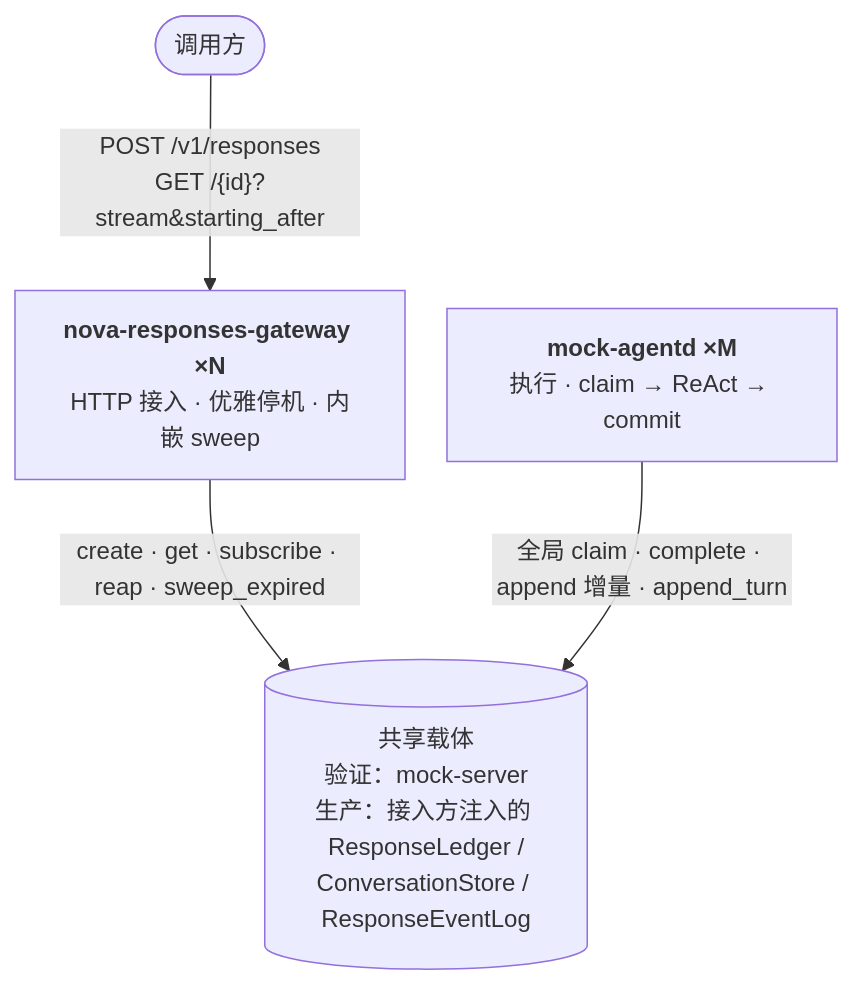
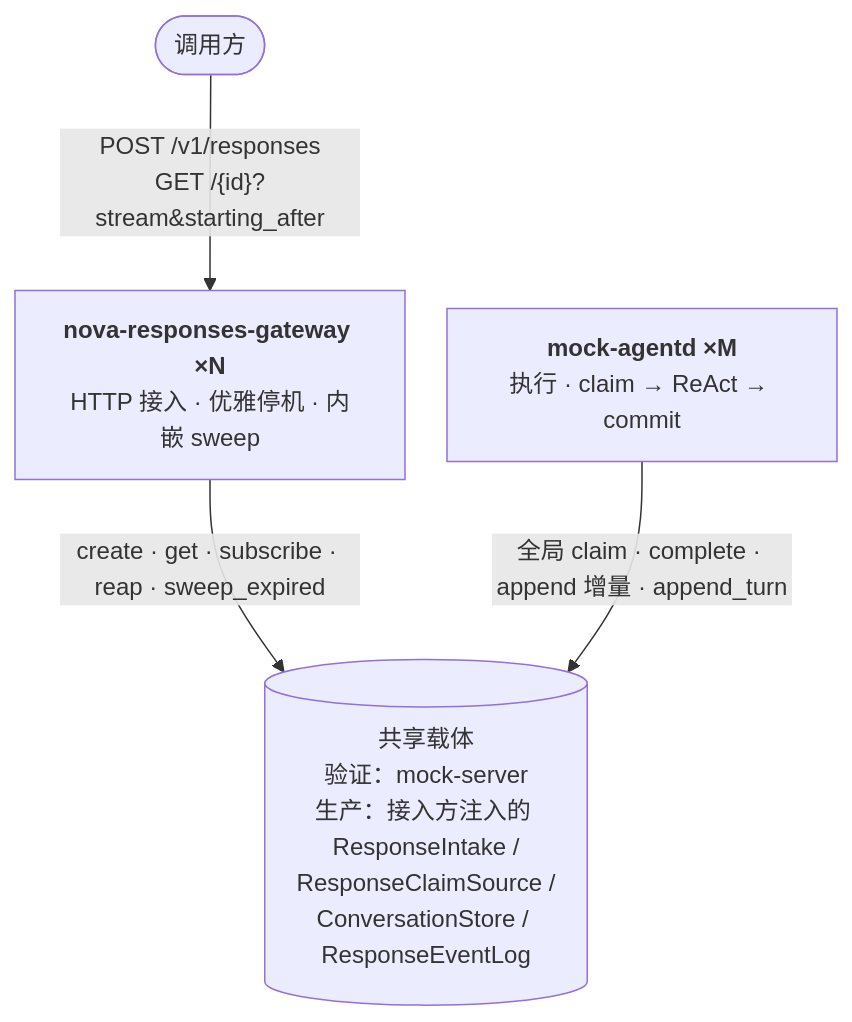
One commit to charleslyh/nova-chat changed the diagram in docs/architecture/README.md. Above: the diagram before and after it, drawn with Mermaid. The commit also changed other lines of this file and 85 other files, not shown here.

````diff
--- a/docs/architecture/README.md
+++ b/docs/architecture/README.md
@@ -11,10 +11,10 @@
 ```mermaid
 %%{init: {"flowchart": {"curve": "basis", "rankSpacing": 72, "nodeSpacing": 28}}}%%
 flowchart TB
     client(["调用方"]) -->|"POST /v1/responses<br/>GET /{id}?stream&starting_after"| gw["<b>nova-responses-gateway ×N</b><br/>HTTP 接入 · 优雅停机 · 内嵌 sweep"]
     agentd["<b>mock-agentd ×M</b><br/>执行 · claim → ReAct → commit"]
-    carrier[("共享载体<br/>验证：mock-server<br/>生产：接入方注入的 ResponseLedger /<br/>ConversationStore / ResponseEventLog")]
+    carrier[("共享载体<br/>验证：mock-server<br/>生产：接入方注入的 ResponseIntake /<br/>ResponseClaimSource /<br/>ConversationStore / ResponseEventLog")]
 
     gw -->|"create · get · subscribe · reap · sweep_expired"| carrier
     agentd -->|"全局 claim · complete · append 增量 · append_turn"| carrier
 ```
````
